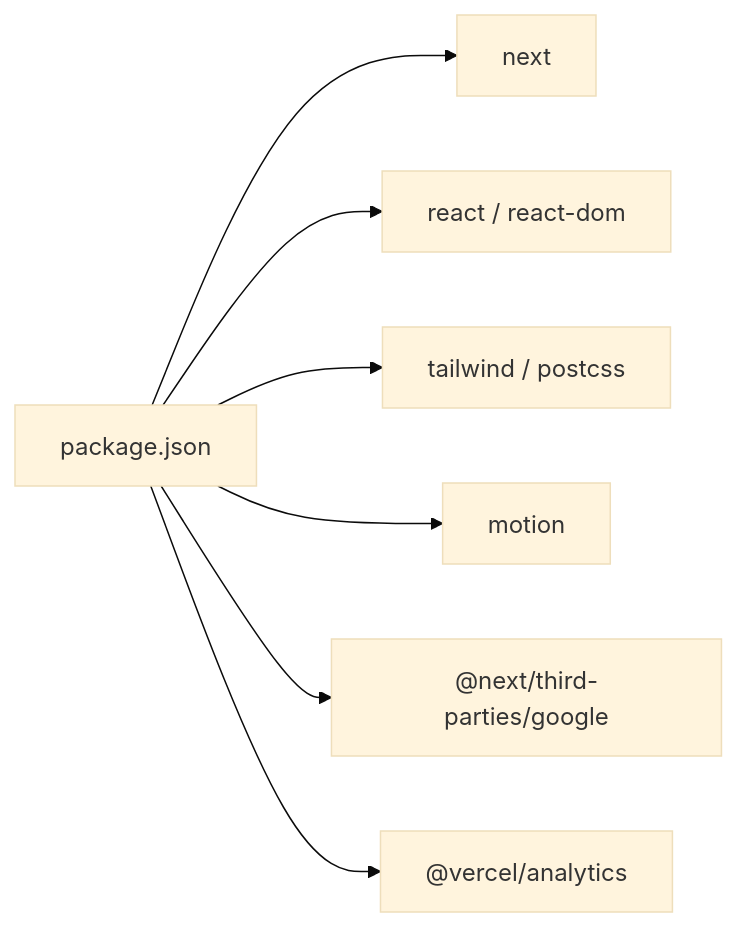
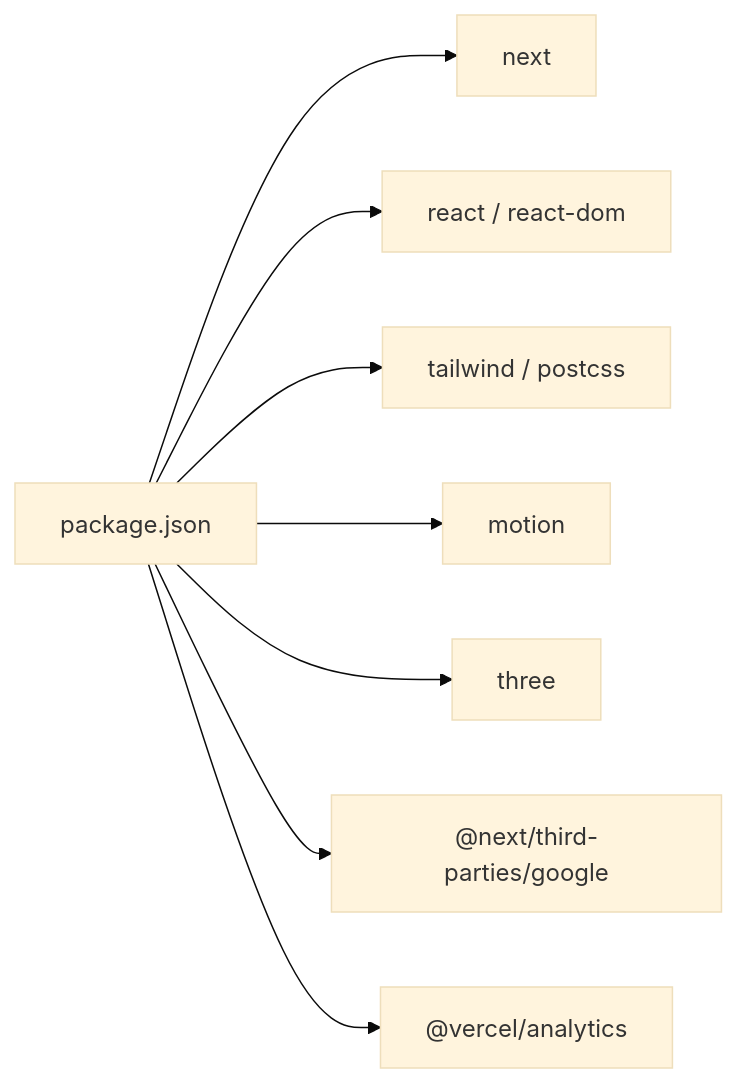
Before and after one commit to florianjsun/next-portfolio: the seventh of 7 diagrams in .qoder/repowiki/zh/content/性能优化.md, drawn with Mermaid (base theme). The commit also changed other lines of this file and 49 other files, not shown here.

````diff
--- a/.qoder/repowiki/zh/content/性能优化.md
+++ b/.qoder/repowiki/zh/content/性能优化.md
@@ -205,9 +293,10 @@
 ```mermaid
 graph LR
 P["package.json"] --> N["next"]
 P --> R["react / react-dom"]
 P --> T["tailwind / postcss"]
 P --> M["motion"]
+P --> TH["three"]
 P --> GA["@next/third-parties/google"]
 P --> VA["@vercel/analytics"]
 ```
````
